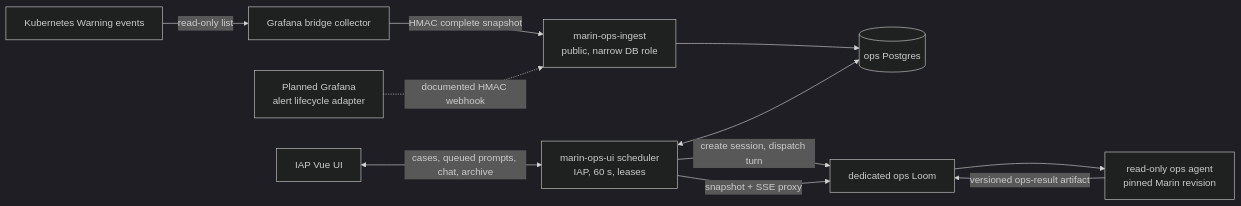
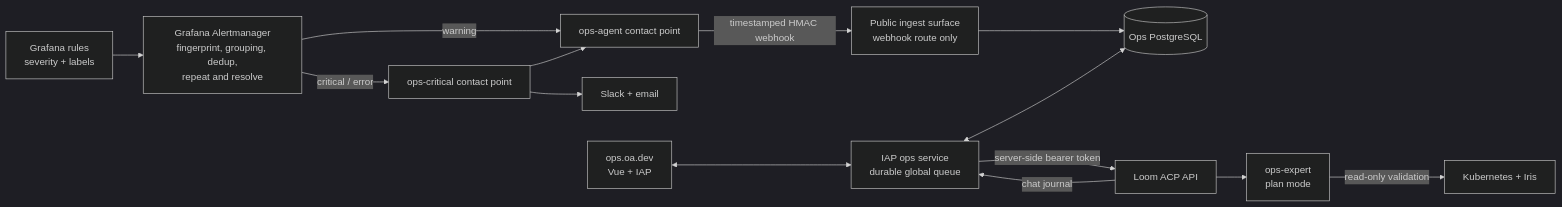
Before and after one commit to marin-community/marin: the first of 4 diagrams in .agents/projects/ops_workflow/design.md, drawn with Mermaid (dark theme). The commit also changed other lines of this file and 53 other files, not shown here.

Commit message:
Build Grafana-driven ops workflow spike

````diff
--- a/.agents/projects/ops_workflow/design.md
+++ b/.agents/projects/ops_workflow/design.md
@@ -26,13 +18,16 @@
 ```mermaid
 flowchart LR
-    K8s[Kubernetes Warning events] -->|read-only list| Collector[Grafana bridge collector]
-    Collector -->|HMAC complete snapshot| Ingest[marin-ops-ingest\npublic, narrow DB role]
-    Ingest --> DB[(ops Postgres)]
-    Scheduler[marin-ops-ui scheduler\nIAP, 60 s, leases] <--> DB
-    Scheduler -->|create session, dispatch turn| Loom[dedicated ops Loom]
-    Loom --> Agent[read-only ops agent\npinned Marin revision]
-    Agent -->|versioned ops-result artifact| Loom
-    Browser[IAP Vue UI] <-->|cases, queued prompts, chat, archive| Scheduler
-    Scheduler -->|snapshot + SSE proxy| Loom
-    Grafana[Planned Grafana\nalert lifecycle adapter] -.->|documented HMAC webhook| Ingest
+    Rules[Grafana rules<br/>severity + labels] --> AM[Grafana Alertmanager<br/>fingerprint, grouping, dedup,<br/>repeat and resolve]
+    AM -->|warning| AgentCP[ops-agent contact point]
+    AM -->|critical / error| CriticalCP[ops-critical contact point]
+    CriticalCP --> Slack[Slack + email]
+    CriticalCP --> AgentCP
+    AgentCP -->|timestamped HMAC webhook| Ingest[Public ingest surface<br/>webhook route only]
+    Ingest --> DB[(Ops PostgreSQL)]
+    Worker[IAP ops service<br/>durable global queue] <--> DB
+    Browser[ops.oa.dev<br/>Vue + IAP] <--> Worker
+    Worker -->|server-side bearer token| Loom[Loom ACP API]
+    Loom --> Agent[ops-expert<br/>plan mode]
+    Agent -->|read-only validation| K8s[Kubernetes + Iris]
+    Loom -->|chat journal| Worker
 ```
````
